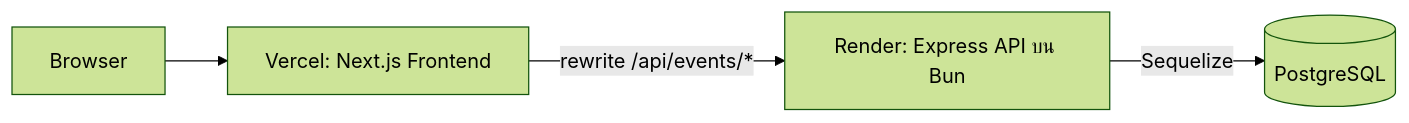
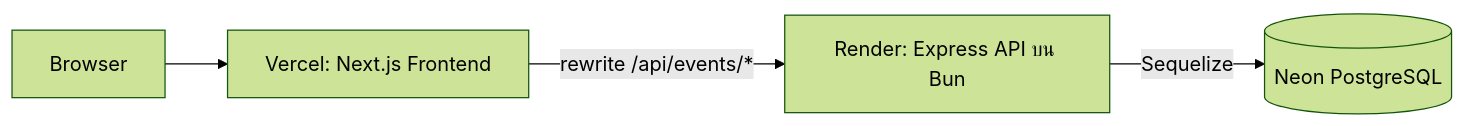
The diagram in README.md (tudzydev/674259009_7153403_Final_4), drawn with Mermaid (forest theme) before and after one commit. The commit also changed other lines of this file, not shown here.

````diff
--- a/README.md
+++ b/README.md
@@ -43,6 +45,6 @@
 ```mermaid
 flowchart LR
     U[Browser] --> V[Vercel: Next.js Frontend]
     V -->|rewrite /api/events/*| R[Render: Express API บน Bun]
-    R -->|Sequelize| D[(PostgreSQL)]
+    R -->|Sequelize| D[(Neon PostgreSQL)]
 ```
````
